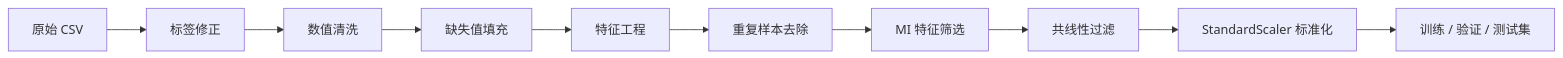
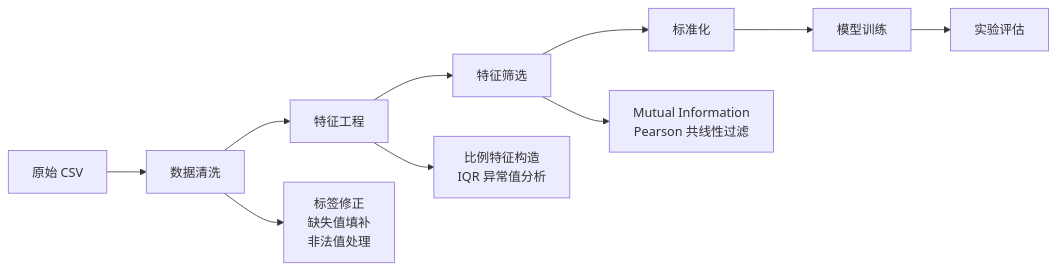
Before and after one commit to Zhuoran-Cai/-dry-bean-ml: the diagram in README.md, drawn with Mermaid. The commit also changed other lines of this file, not shown here.

````diff
--- a/README.md
+++ b/README.md
@@ -105,12 +122,13 @@
 ```mermaid
 flowchart LR
-    A[原始 CSV] --> B[标签修正]
-    B --> C[数值清洗]
-    C --> D[缺失值填充]
-    D --> E[特征工程]
-    E --> F[重复样本去除]
-    F --> G[MI 特征筛选]
-    G --> H[共线性过滤]
-    H --> I[StandardScaler 标准化]
-    I --> J[训练 / 验证 / 测试集]
+    A[原始 CSV] --> B[数据清洗]
+    B --> C[特征工程]
+    C --> D[特征筛选]
+    D --> E[标准化]
+    E --> F[模型训练]
+    F --> G[实验评估]
+
+    B --> B1[标签修正<br/>缺失值填补<br/>非法值处理]
+    C --> C1[比例特征构造<br/>IQR 异常值分析]
+    D --> D1[Mutual Information<br/>Pearson 共线性过滤]
 ```
````
